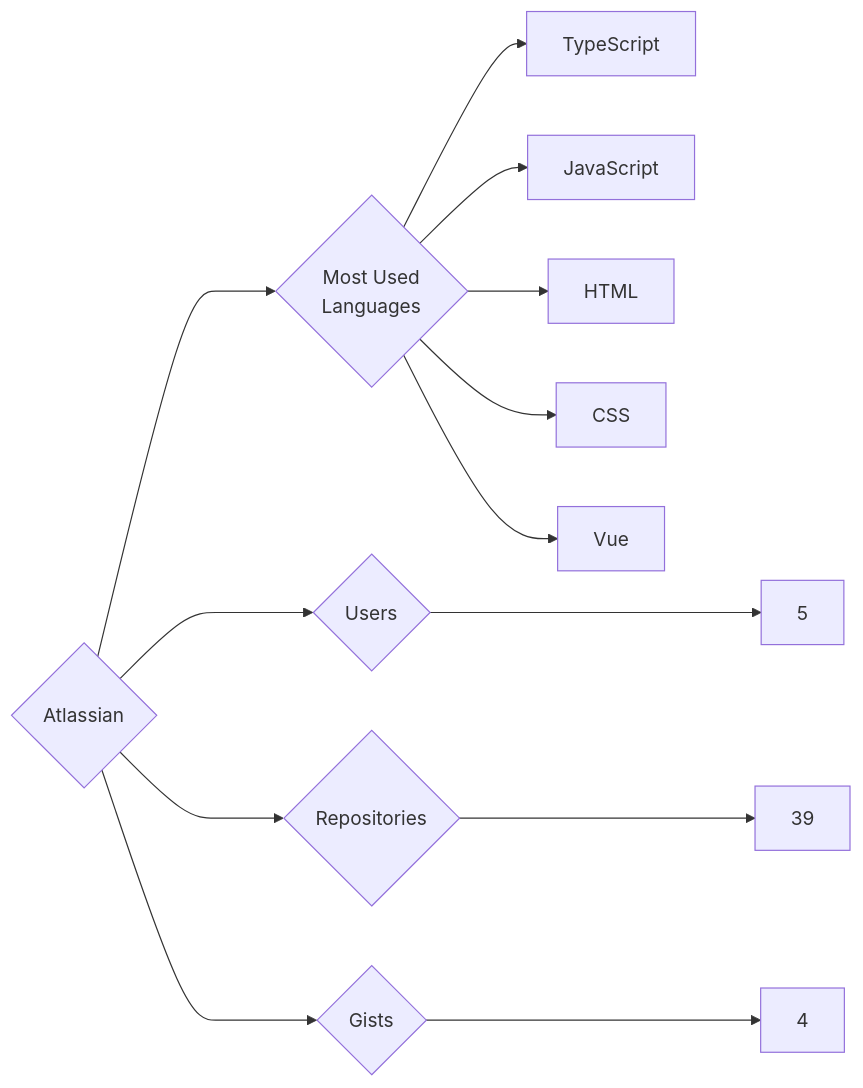
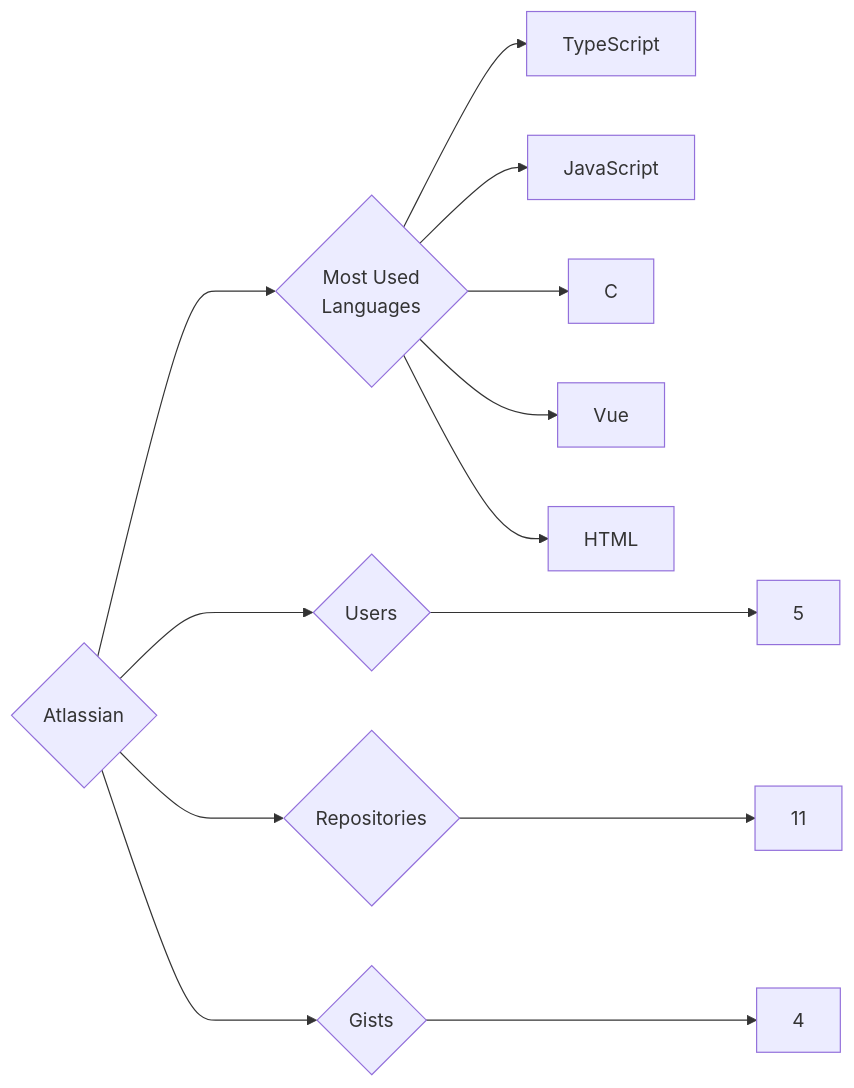
Before and after one commit to trickest/insiders: the diagram in targets/Atlassian/README.md, drawn with Mermaid. The commit also changed 1149 other files, not shown here.

````diff
--- a/targets/Atlassian/README.md
+++ b/targets/Atlassian/README.md
@@ -3,13 +3,13 @@
 ```mermaid
 graph LR
 COMPANY_NAME{Atlassian}
 COMPANY_NAME ---> U{Users} ---> UN[5]
-COMPANY_NAME ---> R{Repositories} ---> RN[39]
+COMPANY_NAME ---> R{Repositories} ---> RN[11]
 COMPANY_NAME ---> G{Gists} ---> GN[4]
 COMPANY_NAME ---> ML{Most Used<br>Languages}
 ML --> TypeScript[TypeScript]
 ML --> JavaScript[JavaScript]
+ML --> C[C]
+ML --> Vue[Vue]
 ML --> HTML[HTML]
-ML --> CSS[CSS]
-ML --> Vue[Vue]
 ```
````
